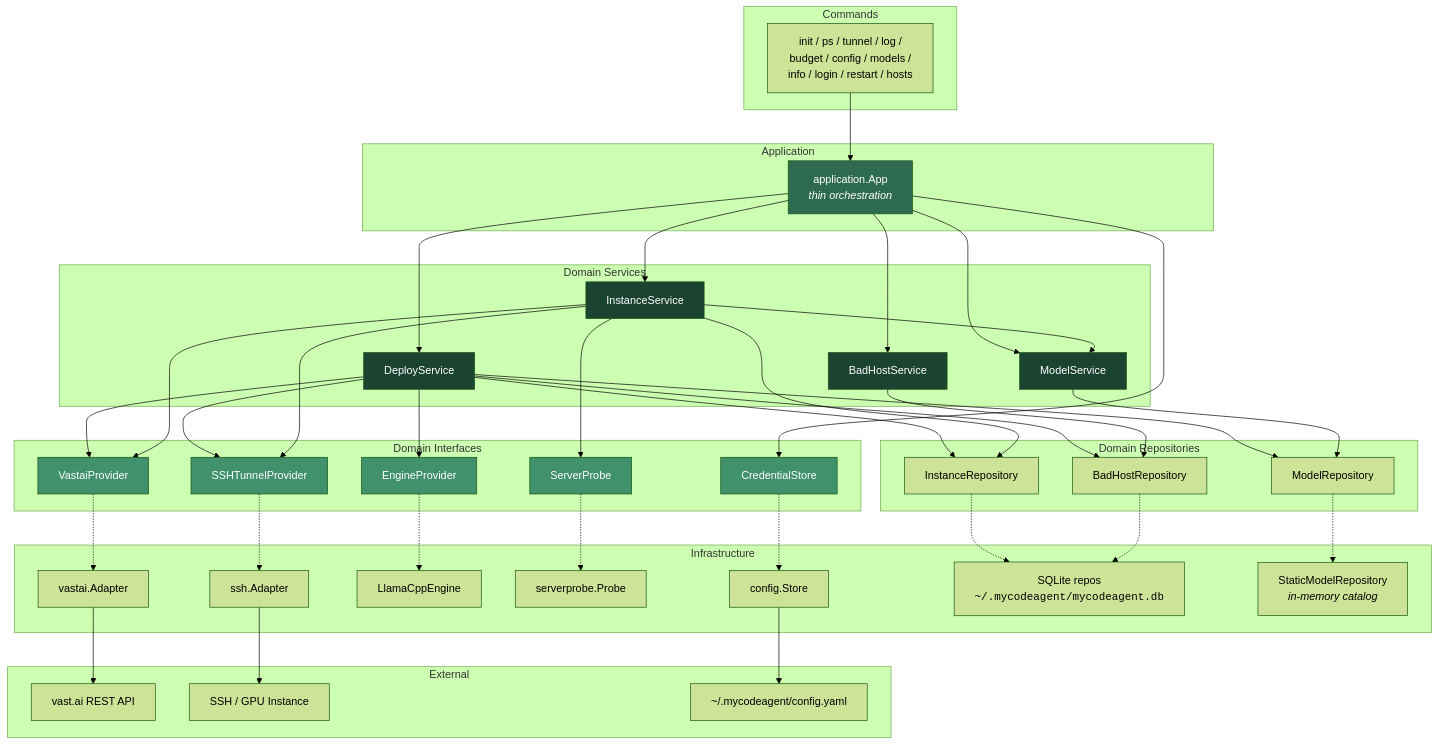
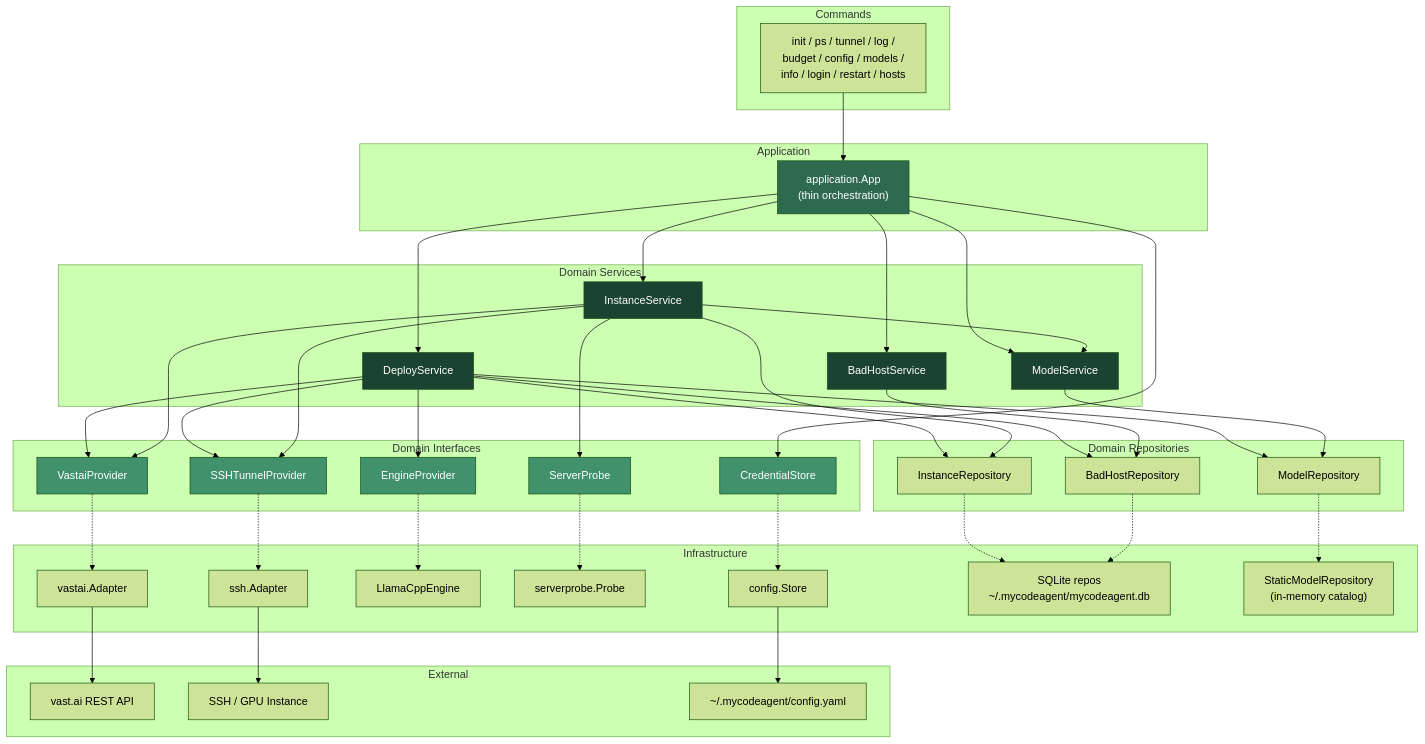
Before and after one commit to WWTLF/mycodeagent: the first of 6 diagrams in docs/Solution.md, drawn with Mermaid (forest theme). The commit also changed other lines of this file, not shown here.

First line of the commit message:
docs: fix mermaid diagrams that would not render

```diff
--- a/docs/Solution.md
+++ b/docs/Solution.md
@@ -43,7 +43,7 @@
     end
 
     subgraph "Application"
-        APP["application.App<br/><i>thin orchestration</i>"]
+        APP["application.App<br/>(thin orchestration)"]
     end
 
     subgraph "Domain Services"
@@ -73,8 +73,8 @@
         VE["LlamaCppEngine"]
         SPI["serverprobe.Probe"]
         CST["config.Store"]
-        SQ["SQLite repos<br/><code>~/.mycodeagent/mycodeagent.db</code>"]
-        STAT["StaticModelRepository<br/><i>in-memory catalog</i>"]
+        SQ["SQLite repos<br/>~/.mycodeagent/mycodeagent.db"]
+        STAT["StaticModelRepository<br/>(in-memory catalog)"]
     end
 
     subgraph "External"
```
